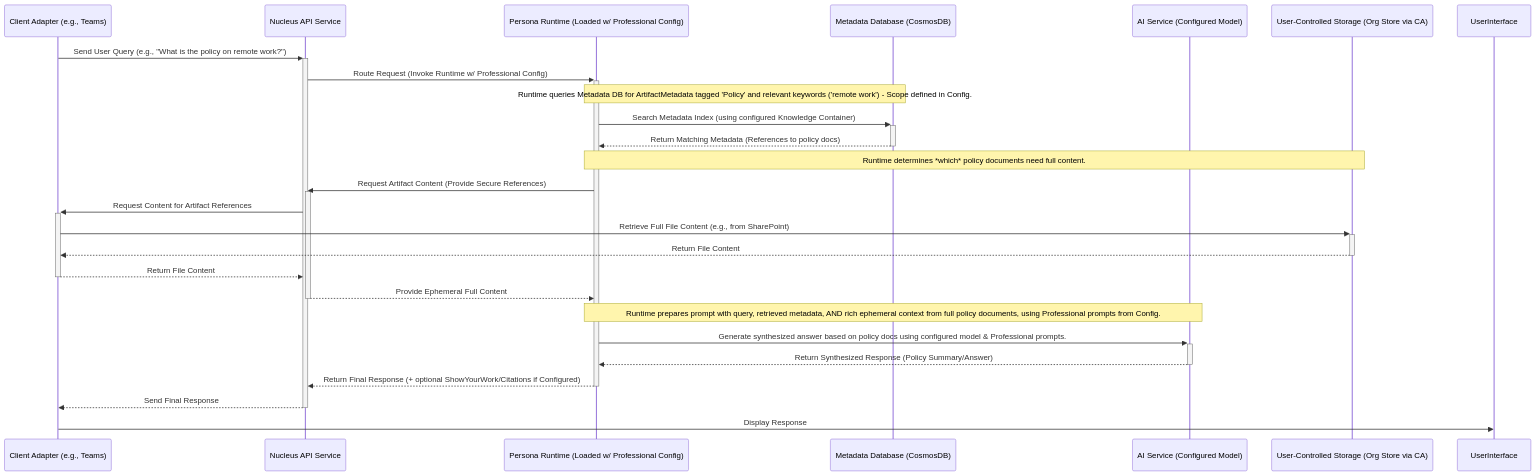
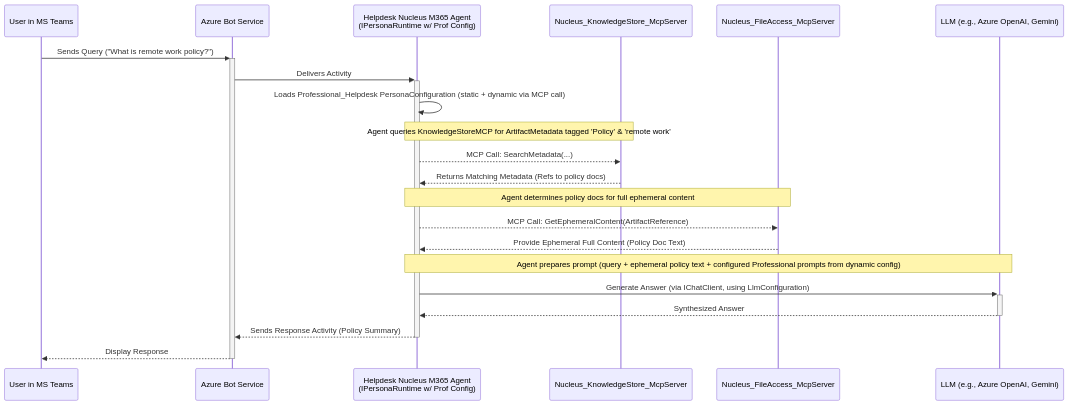
Before and after one commit to jfjordanfarr/Nucleus: the diagram in Docs/Architecture/Personas/ARCHITECTURE_PERSONAS_PROFESSIONAL.md, drawn with Mermaid. The commit also changed other lines of this file and 140 other files, not shown here.

````diff
--- a/Docs/Architecture/Personas/ARCHITECTURE_PERSONAS_PROFESSIONAL.md
+++ b/Docs/Architecture/Personas/ARCHITECTURE_PERSONAS_PROFESSIONAL.md
@@ -29,28 +29,24 @@
 ```mermaid
 sequenceDiagram
-    participant CA as Client Adapter (e.g., Teams)
-    participant API as Nucleus API Service
-    participant Runtime as Persona Runtime (Loaded w/ Professional Config)
-    participant MetaDB as Metadata Database (CosmosDB)
-    participant AI as AI Service (Configured Model)
-    participant UserStore as User-Controlled Storage (Org Store via CA)
+    participant UserInTeams as User in MS Teams
+    participant AzureBotSvc as Azure Bot Service
+    participant HelpdeskM365Agent as Helpdesk Nucleus M365 Agent <br/> (IPersonaRuntime w/ Prof Config)
+    participant KnowledgeStoreMCP as Nucleus_KnowledgeStore_McpServer
+    participant FileAccessMCP as Nucleus_FileAccess_McpServer
+    participant ConfiguredLLM as LLM (e.g., Azure OpenAI, Gemini)
 
-    CA->>+API: Send User Query (e.g., "What is the policy on remote work?")
-    API->>+Runtime: Route Request (Invoke Runtime w/ Professional Config)
-    Note over Runtime, MetaDB: Runtime queries Metadata DB for ArtifactMetadata tagged 'Policy' and relevant keywords ('remote work') - Scope defined in Config.
-    Runtime->>+MetaDB: Search Metadata Index (using configured Knowledge Container)
-    MetaDB-->>-Runtime: Return Matching Metadata (References to policy docs)
-    Note over Runtime, UserStore: Runtime determines *which* policy documents need full content.
-    Runtime->>+API: Request Artifact Content (Provide Secure References)
-    API->>+CA: Request Content for Artifact References
-    CA->>+UserStore: Retrieve Full File Content (e.g., from SharePoint)
-    UserStore-->>-CA: Return File Content
-    CA-->>-API: Return File Content
-    API-->>-Runtime: Provide Ephemeral Full Content
-    Note over Runtime, AI: Runtime prepares prompt with query, retrieved metadata, AND rich ephemeral context from full policy documents, using Professional prompts from Config.
-    Runtime->>+AI: Generate synthesized answer based on policy docs using configured model & Professional prompts.
-    AI-->>-Runtime: Return Synthesized Response (Policy Summary/Answer)
-    Runtime-->>-API: Return Final Response (+ optional ShowYourWork/Citations if Configured)
-    API-->>-CA: Send Final Response
-    CA->>UserInterface: Display Response
+    UserInTeams->>+AzureBotSvc: Sends Query ("What is remote work policy?")
+    AzureBotSvc->>+HelpdeskM365Agent: Delivers Activity
+    HelpdeskM365Agent->>HelpdeskM365Agent: Loads Professional_Helpdesk PersonaConfiguration (static + dynamic via MCP call)
+    Note over HelpdeskM365Agent, KnowledgeStoreMCP: Agent queries KnowledgeStoreMCP for ArtifactMetadata tagged 'Policy' & 'remote work'
+    HelpdeskM365Agent-->>KnowledgeStoreMCP: MCP Call: SearchMetadata(...)
+    KnowledgeStoreMCP-->>HelpdeskM365Agent: Returns Matching Metadata (Refs to policy docs)
+    Note over HelpdeskM365Agent, FileAccessMCP: Agent determines policy docs for full ephemeral content
+    HelpdeskM365Agent-->>FileAccessMCP: MCP Call: GetEphemeralContent(ArtifactReference)
+    FileAccessMCP-->>HelpdeskM365Agent: Provide Ephemeral Full Content (Policy Doc Text)
+    Note over HelpdeskM365Agent, ConfiguredLLM: Agent prepares prompt (query + ephemeral policy text + configured Professional prompts from dynamic config)
+    HelpdeskM365Agent->>+ConfiguredLLM: Generate Answer (via IChatClient, using LlmConfiguration)
+    ConfiguredLLM-->>-HelpdeskM365Agent: Synthesized Answer
+    HelpdeskM365Agent-->>-AzureBotSvc: Sends Response Activity (Policy Summary)
+    AzureBotSvc-->>-UserInTeams: Display Response
 ```
````
